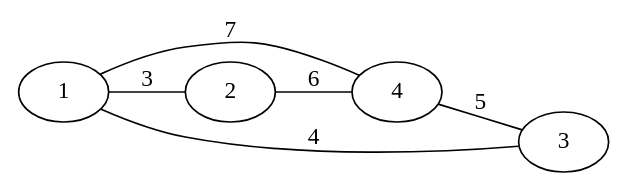
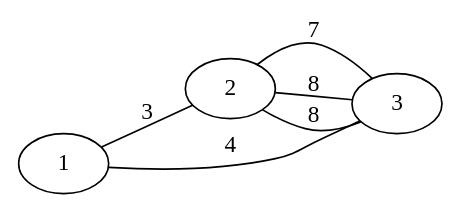
One commit to vitalfocheux/Chinese-Postman-Problem changed the diagram in ressources/semiEulerian.gv. Above: the diagram before and after it, drawn with Graphviz. The commit also changed 3 other files, not shown here.

```diff
--- a/ressources/semiEulerian.gv
+++ b/ressources/semiEulerian.gv
@@ -1,8 +1,8 @@
 graph {
     rankdir=LR
     1 -- 2 [label=3, len=3]
     1 -- 3 [label=4, len=4]
-    1 -- 4 [label=7, len=7]
-    4 -- 3 [label=5, len=5]
-    2 -- 4 [label=6, len=6]
+    2 -- 3 [label=7, len=7]
+    2 -- 3 [label=8, len=8]
+    2 -- 3 [label=8, len=8]
 }
```
